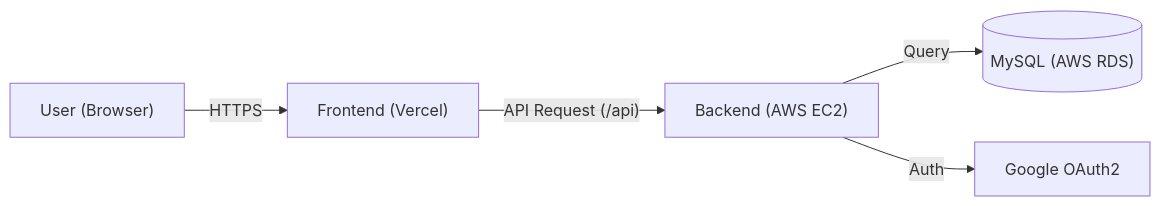
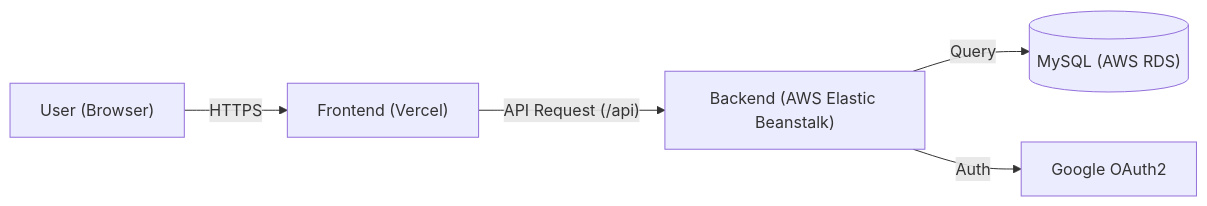
The first of 2 diagrams in README.md (kitpractice703/aquarium), drawn with Mermaid before and after one commit. The commit also changed other lines of this file and 3 other files, not shown here.

Commit message:
인프라 URL 업데이트: Vercel 도메인 변경, EC2→Elastic Beanstalk 전환, OAuth redirect-uri 수정

````diff
--- a/README.md
+++ b/README.md
@@ -49,7 +48,7 @@
 ```mermaid
 graph LR
-User["User (Browser)"] -->|HTTPS| Frontend["Frontend (Vercel)"]
-Frontend -->|"API Request (/api)"| Backend["Backend (AWS EC2)"]
-Backend -->|Query| DB[("MySQL (AWS RDS)")]
-Backend -->|Auth| Google["Google OAuth2"]
+    User["User (Browser)"] -->|HTTPS| Frontend["Frontend (Vercel)"]
+    Frontend -->|"API Request (/api)"| Backend["Backend (AWS Elastic Beanstalk)"]
+    Backend -->|Query| DB[("MySQL (AWS RDS)")]
+    Backend -->|Auth| Google["Google OAuth2"]
 ```
````
